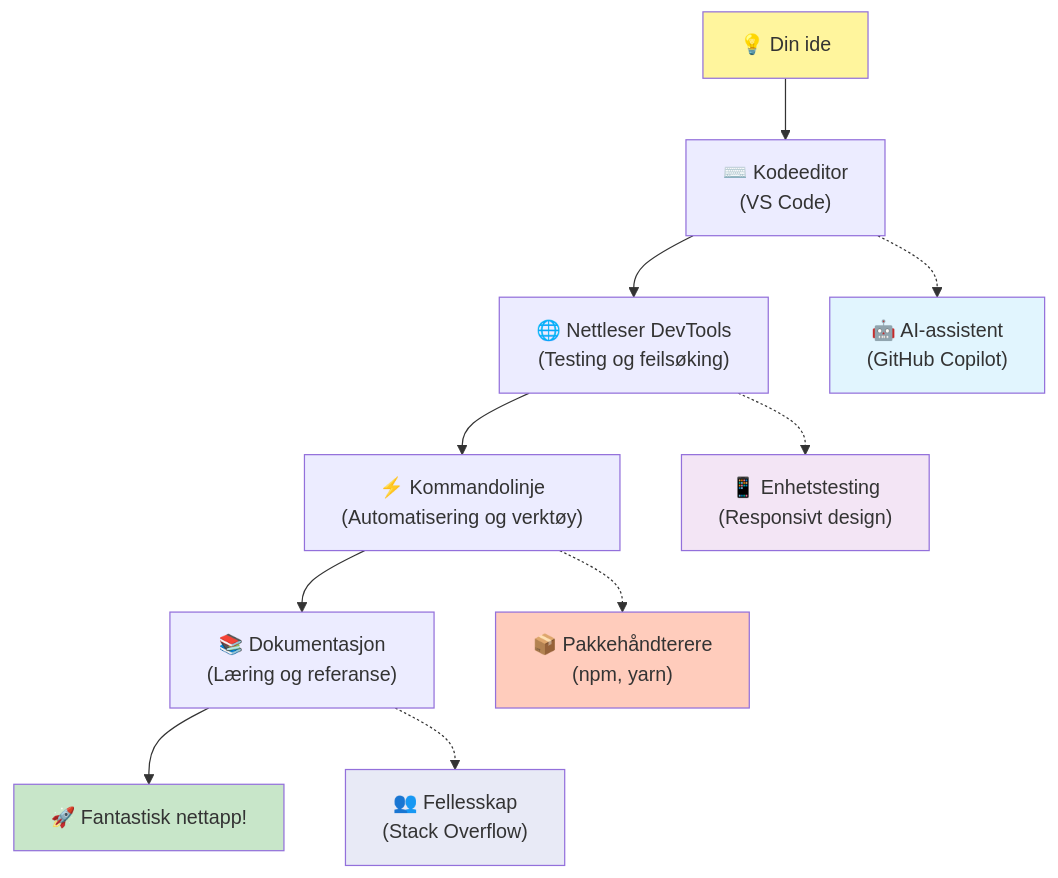
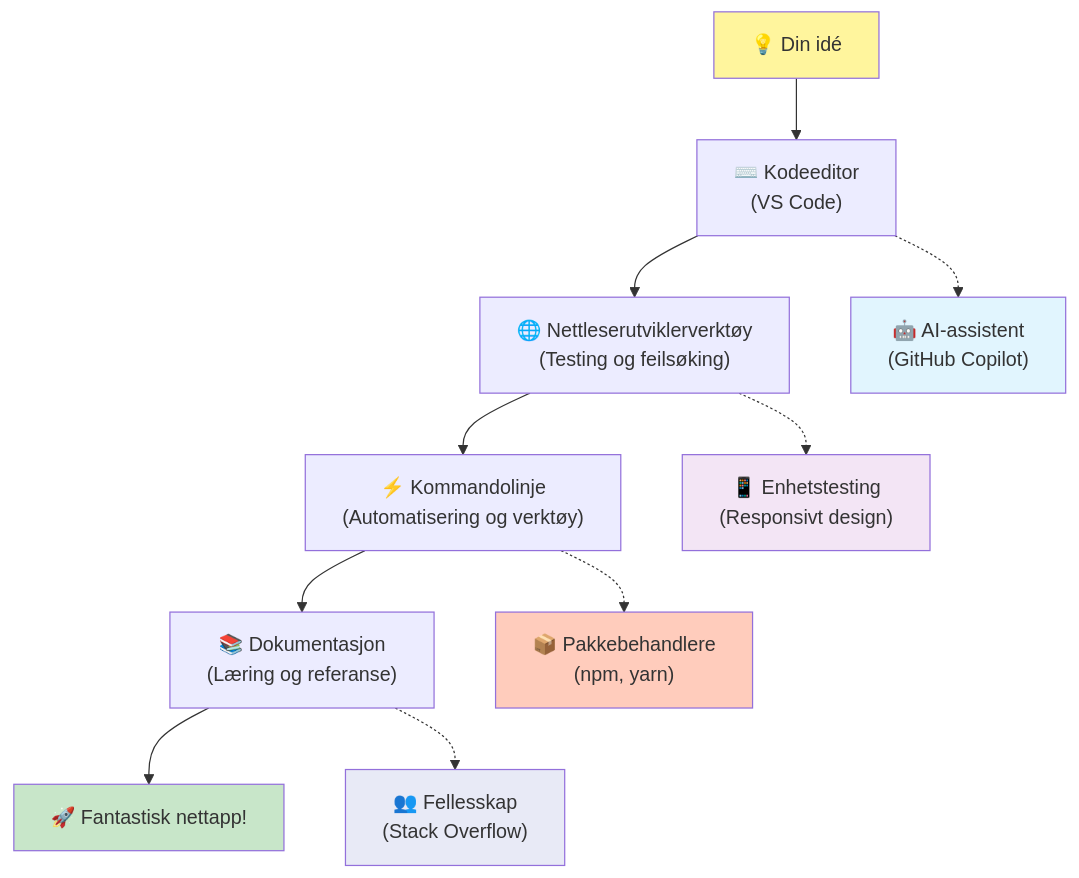
The fifth of 7 diagrams in translations/no/1-getting-started-lessons/1-intro-to-programming-languages/README.md (microsoft/Web-Dev-For-Beginners), drawn with Mermaid before and after one commit. The commit also changed other lines of this file and 8 other files, not shown here.

````diff
--- a/translations/no/1-getting-started-lessons/1-intro-to-programming-languages/README.md
+++ b/translations/no/1-getting-started-lessons/1-intro-to-programming-languages/README.md
@@ -488,20 +488,20 @@
 ```mermaid
 graph TD
-    A["💡 Din ide"] --> B["⌨️ Kodeeditor<br/>(VS Code)"] 
-    B --> C["🌐 Nettleser DevTools<br/>(Testing og feilsøking)"]
+    A["💡 Din idé"] --> B["⌨️ Kodeeditor<br/>(VS Code)"] 
+    B --> C["🌐 Nettleserutviklerverktøy<br/>(Testing og feilsøking)"]
     C --> D["⚡ Kommandolinje<br/>(Automatisering og verktøy)"]
     D --> E["📚 Dokumentasjon<br/>(Læring og referanse)"]
     E --> F["🚀 Fantastisk nettapp!"]
     
     B -.-> G["🤖 AI-assistent<br/>(GitHub Copilot)"]
     C -.-> H["📱 Enhetstesting<br/>(Responsivt design)"]
-    D -.-> I["📦 Pakkehåndterere<br/>(npm, yarn)"]
+    D -.-> I["📦 Pakkebehandlere<br/>(npm, yarn)"]
     E -.-> J["👥 Fellesskap<br/>(Stack Overflow)"]
     
     style A fill:#fff59d
     style F fill:#c8e6c9
     style G fill:#e1f5fe
     style H fill:#f3e5f5
     style I fill:#ffccbc
     style J fill:#e8eaf6
 ```
````
